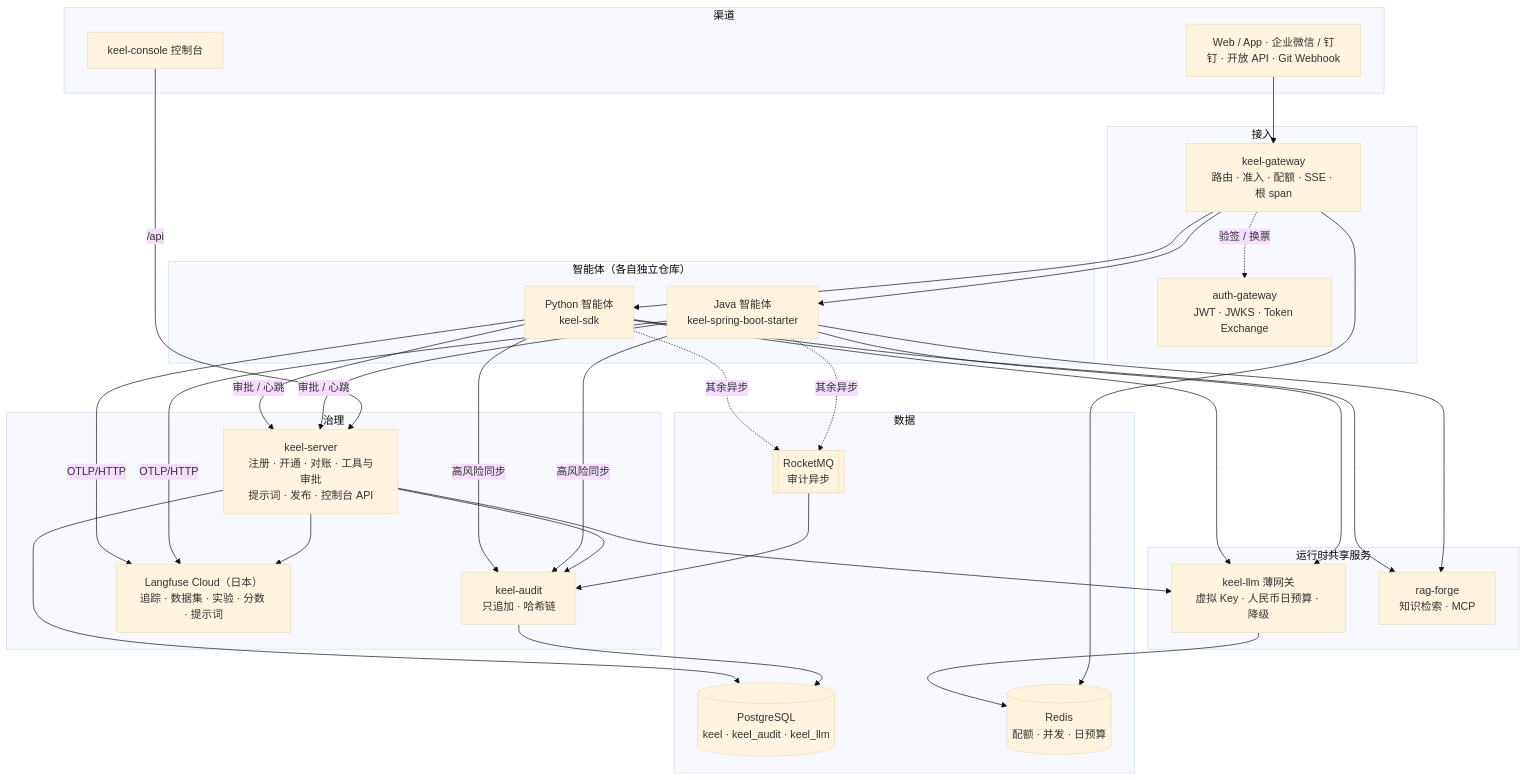
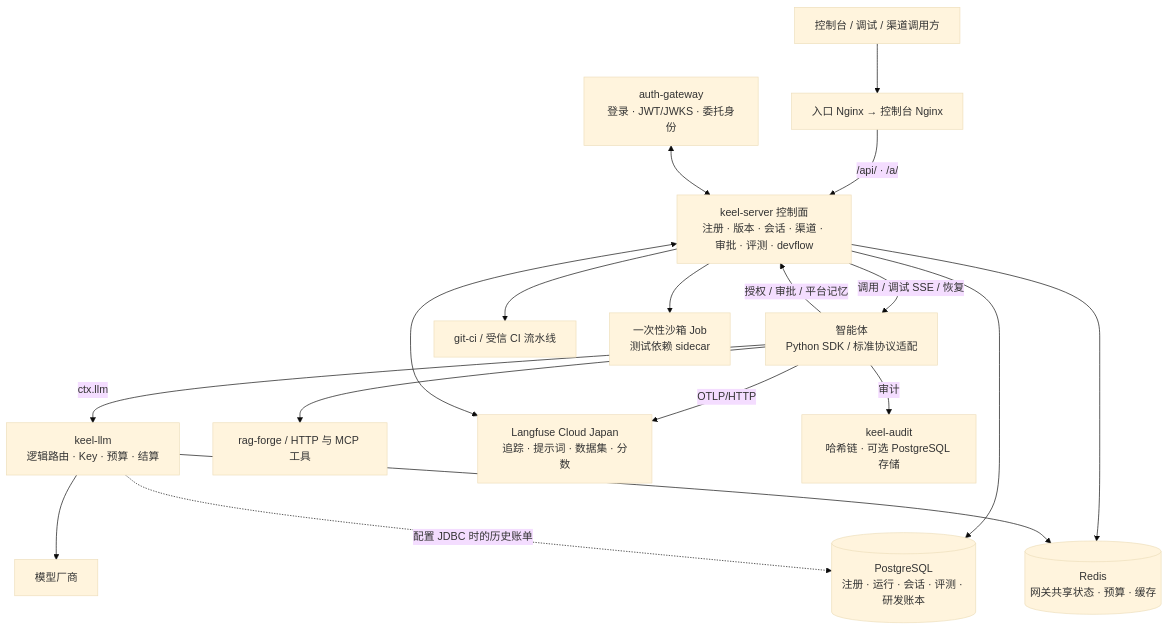
Before and after one commit to dezhiguan/keel: the first of 2 diagrams in README.md, drawn with Mermaid (base theme). The commit also changed other lines of this file and 2 other files, not shown here.

````diff
--- a/README.md
+++ b/README.md
@@ -42,49 +42,20 @@
 ```mermaid
 flowchart TB
-    subgraph CH["渠道"]
-        web["Web / App · 企业微信 / 钉钉 · 开放 API · Git Webhook"]
-        console["keel-console 控制台"]
-    end
-
-    subgraph EDGE["接入"]
-        authgw["auth-gateway<br/>JWT · JWKS · Token Exchange"]
-        gw["keel-gateway<br/>路由 · 准入 · 配额 · SSE · 根 span"]
-    end
-
-    subgraph AG["智能体（各自独立仓库）"]
-        py["Python 智能体<br/>keel-sdk"]
-        java["Java 智能体<br/>keel-spring-boot-starter"]
-    end
-
-    subgraph RT["运行时共享服务"]
-        llm["keel-llm 薄网关<br/>虚拟 Key · 人民币日预算 · 降级"]
-        rag["rag-forge<br/>知识检索 · MCP"]
-    end
-
-    subgraph GOV["治理"]
-        server["keel-server<br/>注册 · 开通 · 对账 · 工具与审批<br/>提示词 · 发布 · 控制台 API"]
-        audit["keel-audit<br/>只追加 · 哈希链"]
-        lf["Langfuse Cloud（日本）<br/>追踪 · 数据集 · 实验 · 分数 · 提示词"]
-    end
-
-    subgraph DATA["数据"]
-        pg[("PostgreSQL<br/>keel · keel_audit · keel_llm")]
-        redis[("Redis<br/>配额 · 并发 · 日预算")]
-        mq[["RocketMQ<br/>审计异步"]]
-    end
-
-    web --> gw
-    gw -. 验签 / 换票 .-> authgw
-    gw --> py & java
-    py & java --> llm & rag
-    py & java -- OTLP/HTTP --> lf
-    py & java -- 高风险同步 --> audit
-    py & java -. 其余异步 .-> mq --> audit
-    py & java -- 审批 / 心跳 --> server
-    console -- /api --> server
-    server --> lf & llm & audit
-    server --> pg
-    audit --> pg
+    browser["控制台 / 调试 / 渠道调用方"] --> edge["入口 Nginx → 控制台 Nginx"]
+    edge -- "/api/ · /a/" --> server["keel-server 控制面<br/>注册 · 版本 · 会话 · 渠道 · 审批 · 评测 · devflow"]
+    auth["auth-gateway<br/>登录 · JWT/JWKS · 委托身份"] <--> server
+    server -- "调用 / 调试 SSE / 恢复" --> agent["智能体<br/>Python SDK / 标准协议适配"]
+    agent -- "ctx.llm" --> llm["keel-llm<br/>逻辑路由 · Key · 预算 · 结算"]
+    llm --> vendor["模型厂商"]
+    agent --> shared["rag-forge / HTTP 与 MCP 工具"]
+    agent -- "授权 / 审批 / 平台记忆" --> server
+    agent -- "OTLP/HTTP" --> lf["Langfuse Cloud Japan<br/>追踪 · 提示词 · 数据集 · 分数"]
+    server <--> lf
+    server --> pg[("PostgreSQL<br/>注册 · 运行 · 会话 · 评测 · 研发账本")]
+    server --> redis[("Redis<br/>网关共享状态 · 预算 · 缓存")]
     llm --> redis
-    gw --> redis
+    llm -. "配置 JDBC 时的历史账单" .-> pg
+    agent -- "审计" --> audit["keel-audit<br/>哈希链 · 可选 PostgreSQL 存储"]
+    server --> git["git-ci / 受信 CI 流水线"]
+    server --> sandbox["一次性沙箱 Job<br/>测试依赖 sidecar"]
 ```
````
